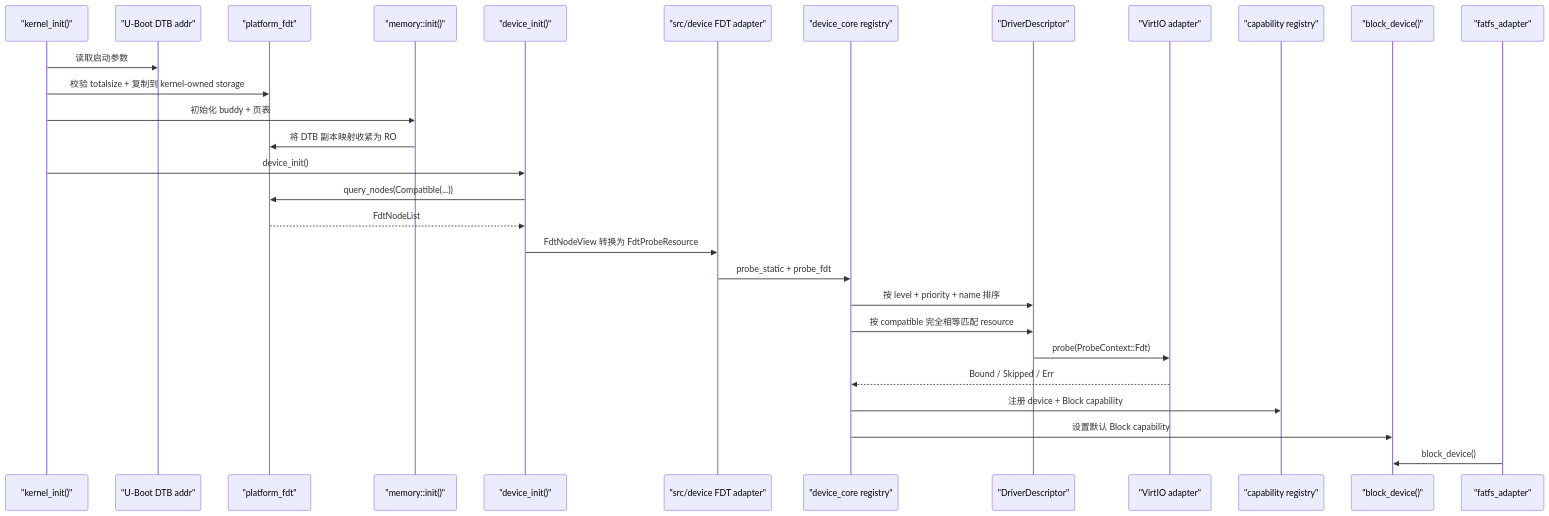
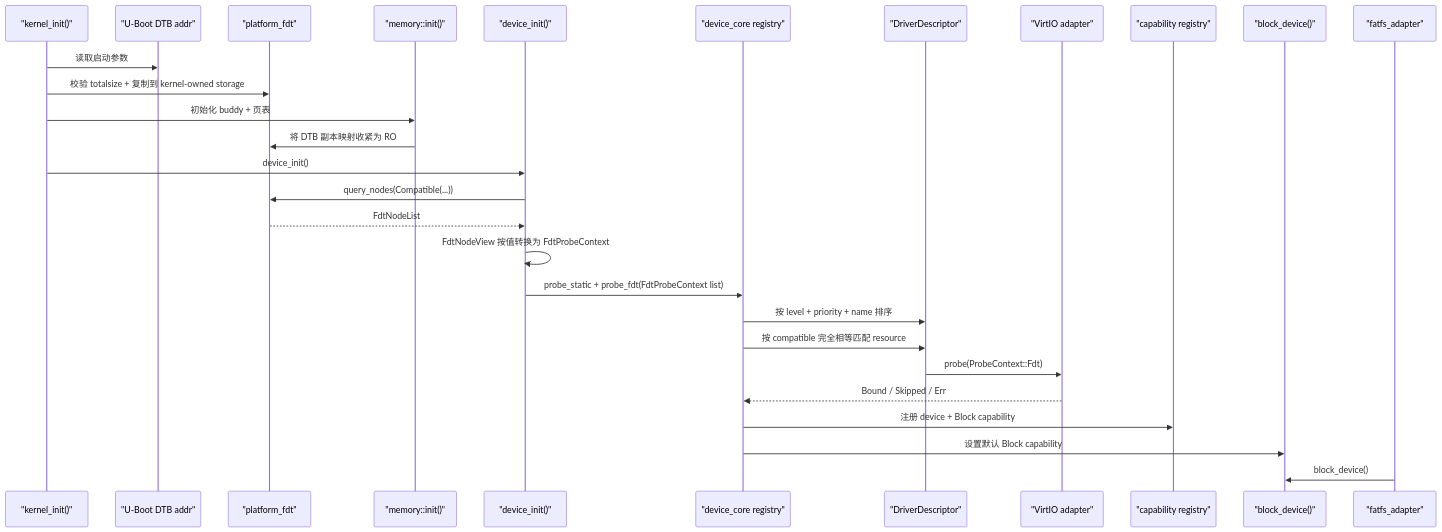
The second of 2 diagrams in docs/design/device-d2-driver-descriptor-probe.md (MRNIU/SimpleKernel), drawn with Mermaid before and after one commit. The commit also changed other lines of this file and 1 other file, not shown here.

First line of the commit message:
docs(device): record D2 probe context decisions

````diff
--- a/docs/design/device-d2-driver-descriptor-probe.md
+++ b/docs/design/device-d2-driver-descriptor-probe.md
@@ -184,32 +189,31 @@
 ```mermaid
 sequenceDiagram
   participant Boot as "kernel_init()"
   participant RawDtb as "U-Boot DTB addr"
   participant PlatformFdt as "platform_fdt"
   participant Memory as "memory::init()"
   participant Device as "device_init()"
-  participant Adapter as "src/device FDT adapter"
   participant Core as "device_core registry"
   participant Desc as "DriverDescriptor"
   participant Virtio as "VirtIO adapter"
   participant Capability as "capability registry"
   participant Block as "block_device()"
   participant Fs as "fatfs_adapter"
 
   Boot->>RawDtb: 读取启动参数
   Boot->>PlatformFdt: 校验 totalsize + 复制到 kernel-owned storage
   Boot->>Memory: 初始化 buddy + 页表
   Memory->>PlatformFdt: 将 DTB 副本映射收紧为 RO
   Boot->>Device: device_init()
   Device->>PlatformFdt: query_nodes(Compatible(...))
   PlatformFdt-->>Device: FdtNodeList
-  Device->>Adapter: FdtNodeView 转换为 FdtProbeResource
-  Adapter->>Core: probe_static + probe_fdt
+  Device->>Device: FdtNodeView 按值转换为 FdtProbeContext
+  Device->>Core: probe_static + probe_fdt(FdtProbeContext list)
   Core->>Desc: 按 level + priority + name 排序
   Core->>Desc: 按 compatible 完全相等匹配 resource
   Desc->>Virtio: probe(ProbeContext::Fdt)
   Virtio-->>Core: Bound / Skipped / Err
   Core->>Capability: 注册 device + Block capability
   Core->>Block: 设置默认 Block capability
   Fs->>Block: block_device()
 ```
````
